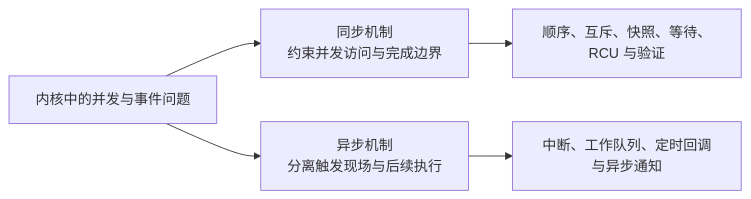
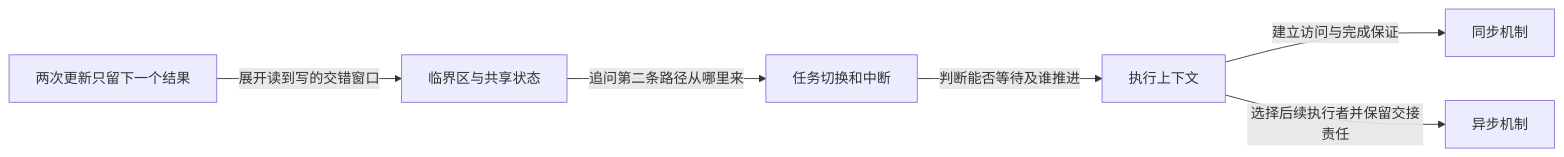
One commit to FormingSystem/linux_note changed the diagram in knowledge/linux/synchronization_and_asynchrony/大纲.md. Above: the diagram before and after it, drawn with Mermaid. The commit also changed other lines of this file and 16 other files, not shown here.

````diff
--- a/knowledge/linux/synchronization_and_asynchrony/大纲.md
+++ b/knowledge/linux/synchronization_and_asynchrony/大纲.md
@@ -18,7 +20,8 @@
 ```mermaid
 flowchart LR
-    Q["内核中的并发与事件问题"] --> S["同步机制<br/>约束并发访问与完成边界"]
-    Q --> A["异步机制<br/>分离触发现场与后续执行"]
-    S --> SO["顺序、互斥、快照、等待、RCU 与验证"]
-    A --> AO["中断、工作队列、定时回调与异步通知"]
+    A["两次更新只留下一个结果"] -->|"展开读到写的交错窗口"| B["临界区与共享状态"]
+    B -->|"追问第二条路径从哪里来"| C["任务切换和中断"]
+    C -->|"判断能否等待及谁推进"| D["执行上下文"]
+    D -->|"建立访问与完成保证"| S["同步机制"]
+    D -->|"选择后续执行者并保留交接责任"| E["异步机制"]
 ```
````
